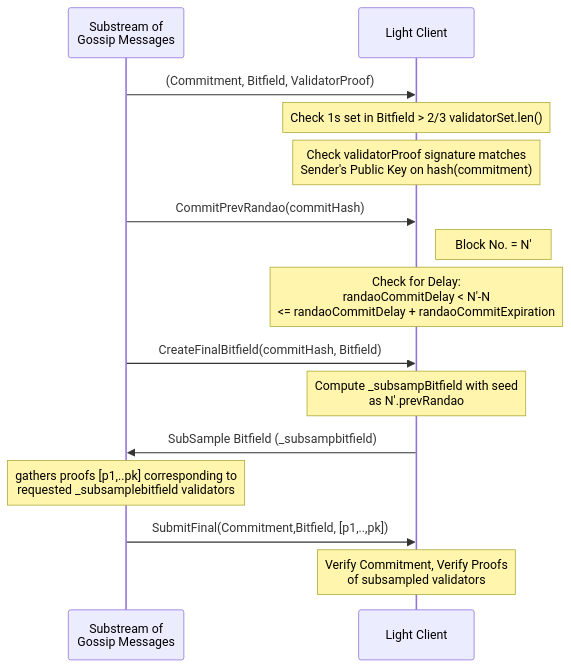
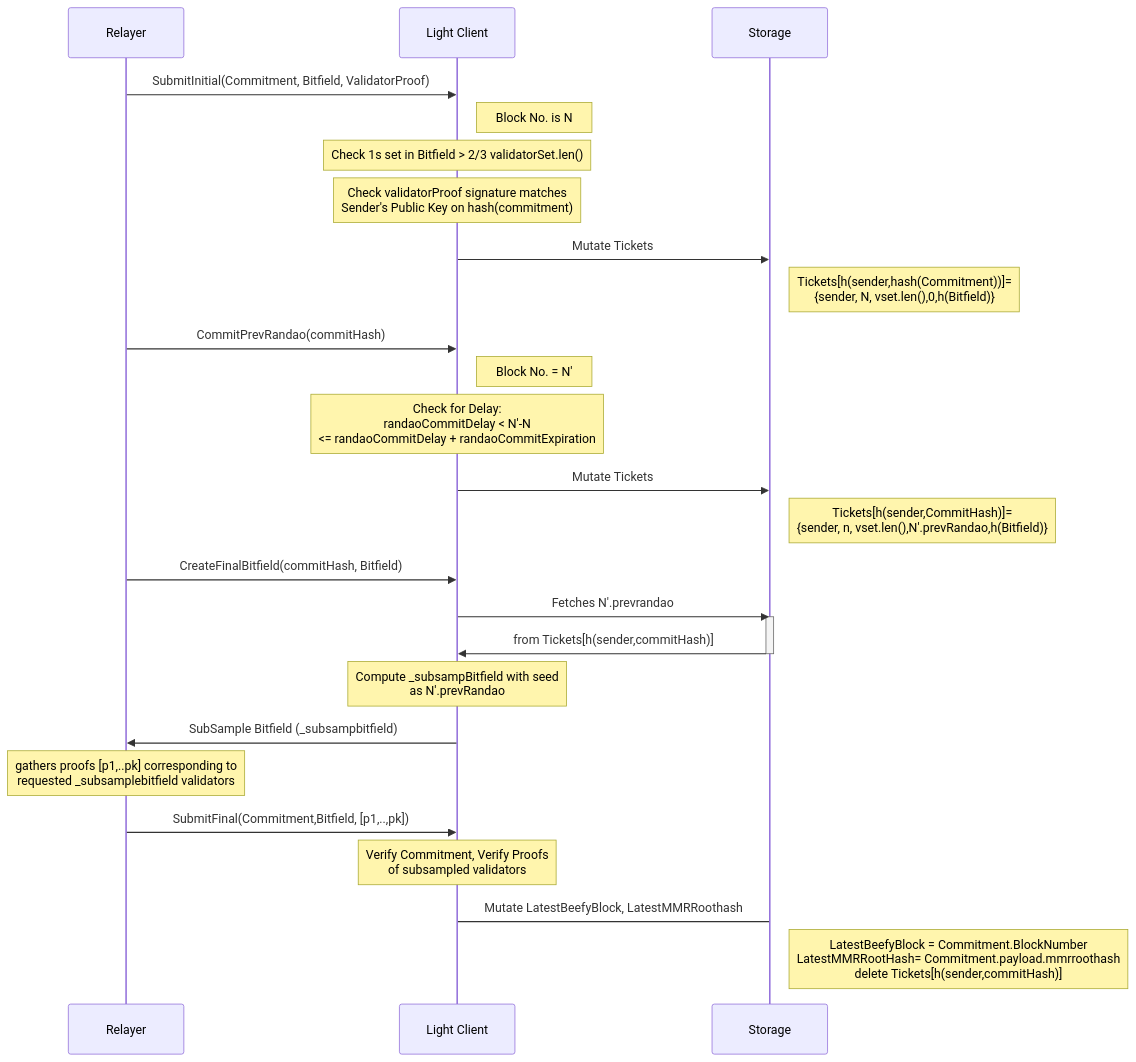
Before and after one commit to w3f/polkadot-spec-website: the second of 2 diagrams in docs/Implementation Guide/beefy-guide.md, drawn with Mermaid. The commit also changed other lines of this file, not shown here.

Commit message:
added appendix; MSC runed

````diff
--- a/docs/Implementation Guide/beefy-guide.md
+++ b/docs/Implementation Guide/beefy-guide.md
@@ -30,17 +59,29 @@
 ```mermaid
 sequenceDiagram
-    participant S as Substream of <br> Gossip Messages
+    participant R as Relayer
     participant L as Light Client
-    S->>L: (Commitment, Bitfield, ValidatorProof)
+    participant S as Storage
+    R->>L: SubmitInitial(Commitment, Bitfield, ValidatorProof)
+    Note right of L: Block No. is N
     Note over L: Check 1s set in Bitfield > 2/3 validatorSet.len() 
     Note over L: Check validatorProof signature matches <br> Sender's Public Key on hash(commitment)
-    S->>L: CommitPrevRandao(commitHash)
+    L->>S: Mutate Tickets
+    Note right of S: Tickets[h(sender,hash(Commitment))]= <br> {sender, N, vset.len(),0,h(Bitfield)}
+    R->>L: CommitPrevRandao(commitHash)
     Note right of L: Block No. = N' 
     Note over L: Check for Delay: <br> randaoCommitDelay < N'-N  <br> <= randaoCommitDelay + randaoCommitExpiration
-    S->>L: CreateFinalBitfield(commitHash, Bitfield) 
+    L->>S: Mutate Tickets
+    Note right of S: Tickets[h(sender,CommitHash)]= <br> {sender, n, vset.len(),N'.prevRandao,h(Bitfield)}
+    R->>L: CreateFinalBitfield(commitHash, Bitfield) 
+    L->>S: Fetches N'.prevrandao 
+    activate S
+    S->>L: from Tickets[h(sender,commitHash)]
+    deactivate S
     Note over L: Compute _subsampBitfield with seed <br> as N'.prevRandao
-    L->>S: SubSample Bitfield (_subsampbitfield)
-    Note over S: gathers proofs [p1,..pk] corresponding to <br> requested _subsamplebitfield validators
-    S->>L: SubmitFinal(Commitment,Bitfield, [p1,..,pk])
+    L->>R: SubSample Bitfield (_subsampbitfield)
+    Note over R: gathers proofs [p1,..pk] corresponding to <br> requested _subsamplebitfield validators
+    R->>L: SubmitFinal(Commitment,Bitfield, [p1,..,pk])
     Note over L: Verify Commitment, Verify Proofs <br> of subsampled validators
+    L->S: Mutate LatestBeefyBlock, LatestMMRRoothash
+    Note right of S: LatestBeefyBlock = Commitment.BlockNumber <br> LatestMMRRootHash= Commitment.payload.mmrroothash <br> delete Tickets[h(sender,commitHash)]
 ```
````
